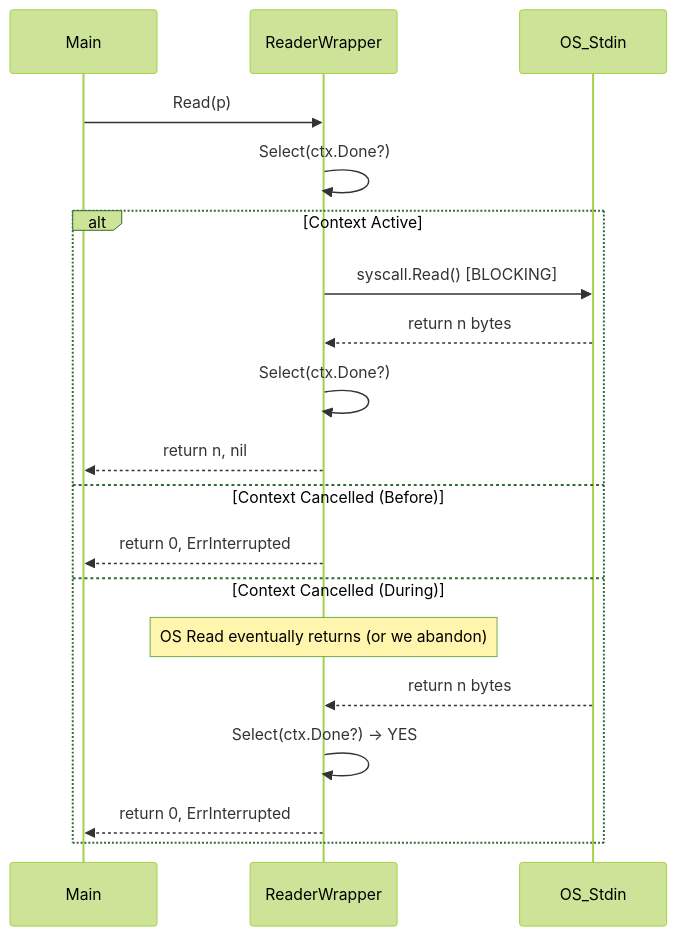
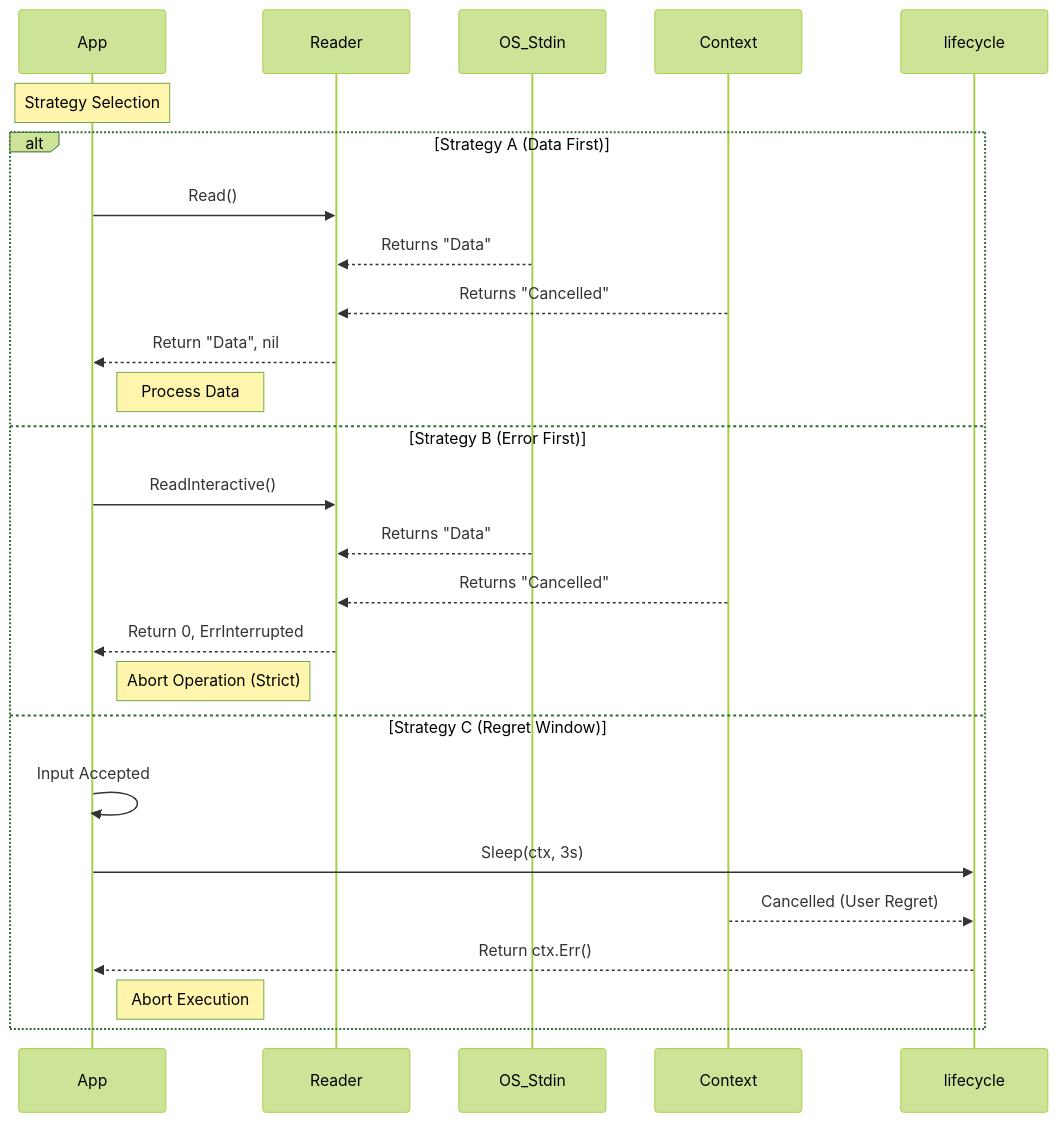
Before and after one commit to aretw0/lifecycle: the third of 7 diagrams in docs/TECHNICAL.md, drawn with Mermaid (forest theme). The commit also changed other lines of this file and 5 other files, not shown here.

Commit message:
docs: align I/O Safety strategies and roadmap

````diff
--- a/docs/TECHNICAL.md
+++ b/docs/TECHNICAL.md
@@ -65,23 +99,29 @@
 ```mermaid
 sequenceDiagram
-    participant Main
-    participant ReaderWrapper
+    participant App
+    participant Reader
     participant OS_Stdin
-    
-    Main->>ReaderWrapper: Read(p)
-    ReaderWrapper->>ReaderWrapper: Select(ctx.Done?)
-    
-    alt Context Active
-        ReaderWrapper->>OS_Stdin: syscall.Read() [BLOCKING]
-        OS_Stdin-->>ReaderWrapper: return n bytes
-        ReaderWrapper->>ReaderWrapper: Select(ctx.Done?)
-        ReaderWrapper-->>Main: return n, nil
-    else Context Cancelled (Before)
-        ReaderWrapper-->>Main: return 0, ErrInterrupted
-    else Context Cancelled (During)
-        note over ReaderWrapper: OS Read eventually returns (or we abandon)
-        OS_Stdin-->>ReaderWrapper: return n bytes
-        ReaderWrapper->>ReaderWrapper: Select(ctx.Done?) -> YES
-        ReaderWrapper-->>Main: return 0, ErrInterrupted
+    participant Context
+
+    note over App: Strategy Selection
+
+    alt Strategy A (Data First)
+        App->>Reader: Read()
+        OS_Stdin-->>Reader: Returns "Data"
+        Context-->>Reader: Returns "Cancelled"
+        Reader-->>App: Return "Data", nil
+        note right of App: Process Data
+    else Strategy B (Error First)
+        App->>Reader: ReadInteractive()
+        OS_Stdin-->>Reader: Returns "Data"
+        Context-->>Reader: Returns "Cancelled"
+        Reader-->>App: Return 0, ErrInterrupted
+        note right of App: Abort Operation (Strict)
+    else Strategy C (Regret Window)
+        App->>App: Input Accepted
+        App->>lifecycle: Sleep(ctx, 3s)
+        Context-->>lifecycle: Cancelled (User Regret)
+        lifecycle-->>App: Return ctx.Err()
+        note right of App: Abort Execution
     end
 ```
````
